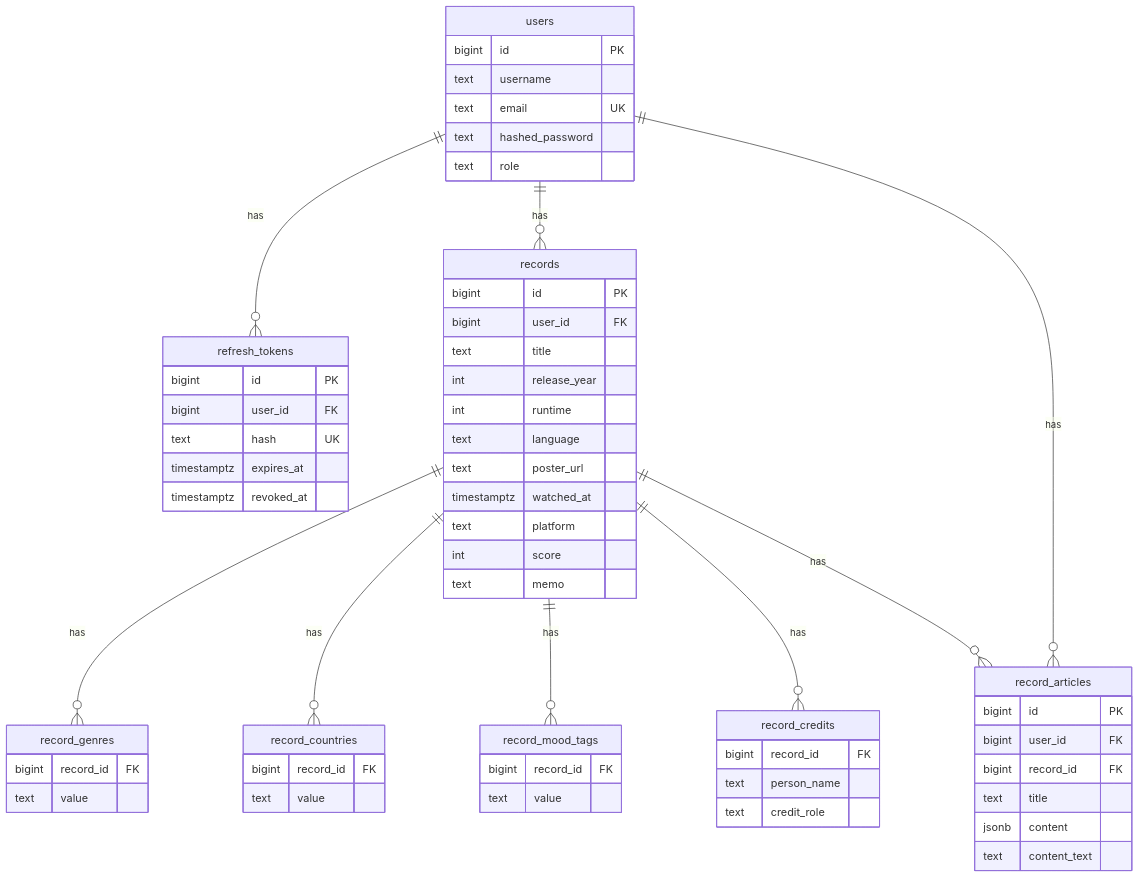
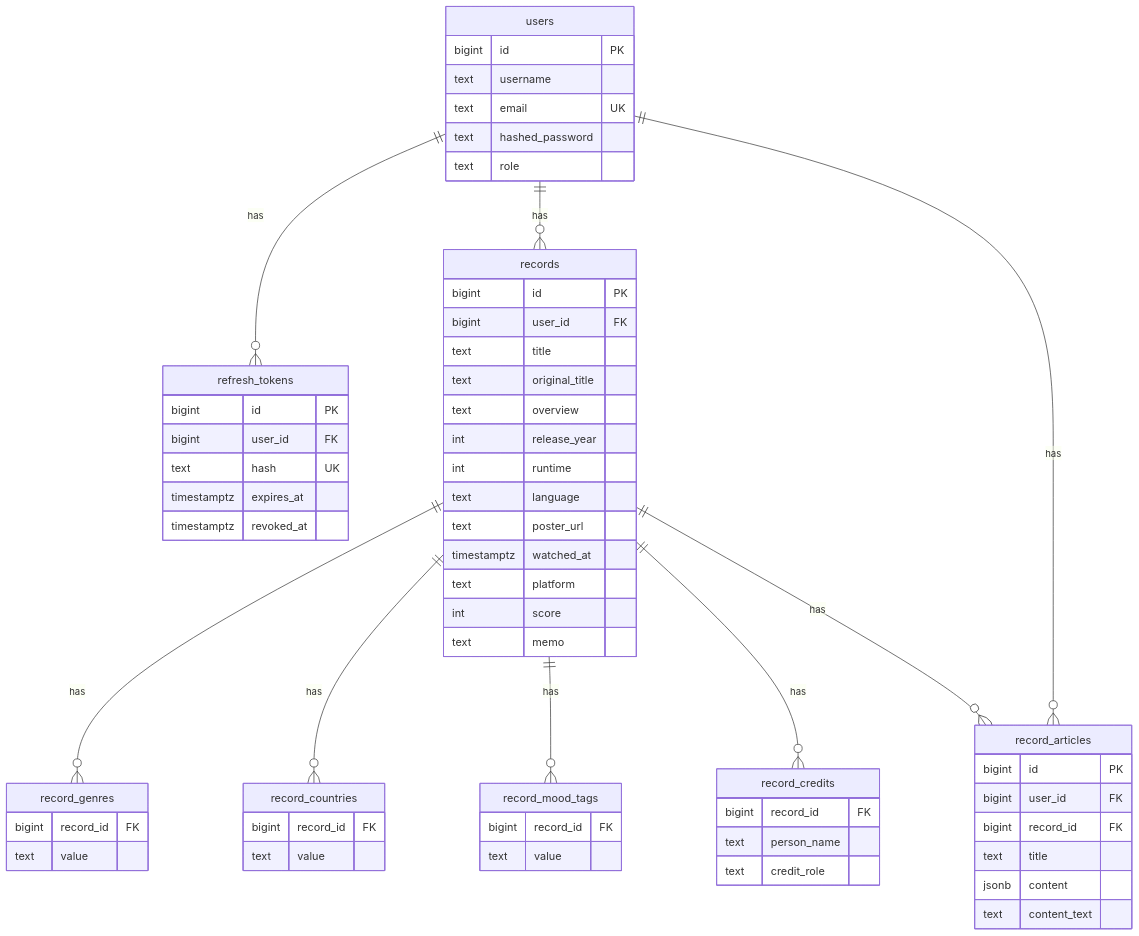
One commit to masaya-nishimura-09/movie-log-api changed the third of 3 diagrams in README.ja.md. Above: the diagram before and after it, drawn with Mermaid. The commit also changed 11 other files, not shown here.

Commit message:
add: original title and overview to records

````diff
--- a/README.ja.md
+++ b/README.ja.md
@@ -281,64 +281,66 @@
 ```mermaid
 erDiagram
     users ||--o{ refresh_tokens : has
     users ||--o{ records : has
     records ||--o{ record_genres : has
     records ||--o{ record_countries : has
     records ||--o{ record_mood_tags : has
     records ||--o{ record_credits : has
     users ||--o{ record_articles : has
     records ||--o{ record_articles : has
 
     users {
         bigint id PK
         text username
         text email UK
         text hashed_password
         text role
     }
     refresh_tokens {
         bigint id PK
         bigint user_id FK
         text hash UK
         timestamptz expires_at
         timestamptz revoked_at
     }
     records {
         bigint id PK
         bigint user_id FK
         text title
+        text original_title
+        text overview
         int release_year
         int runtime
         text language
         text poster_url
         timestamptz watched_at
         text platform
         int score
         text memo
     }
     record_genres {
         bigint record_id FK
         text value
     }
     record_countries {
         bigint record_id FK
         text value
     }
     record_mood_tags {
         bigint record_id FK
         text value
     }
     record_credits {
         bigint record_id FK
         text person_name
         text credit_role
     }
     record_articles {
         bigint id PK
         bigint user_id FK
         bigint record_id FK
         text title
         jsonb content
         text content_text
     }
 ```
````
